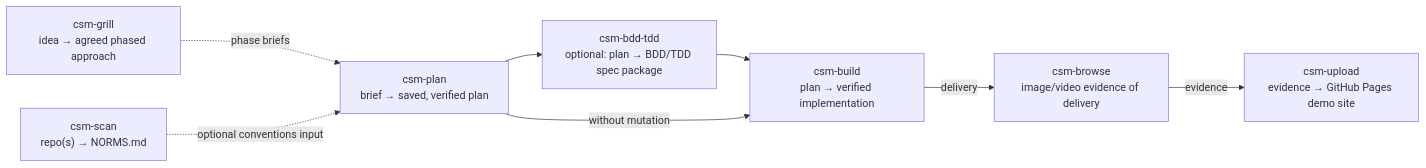
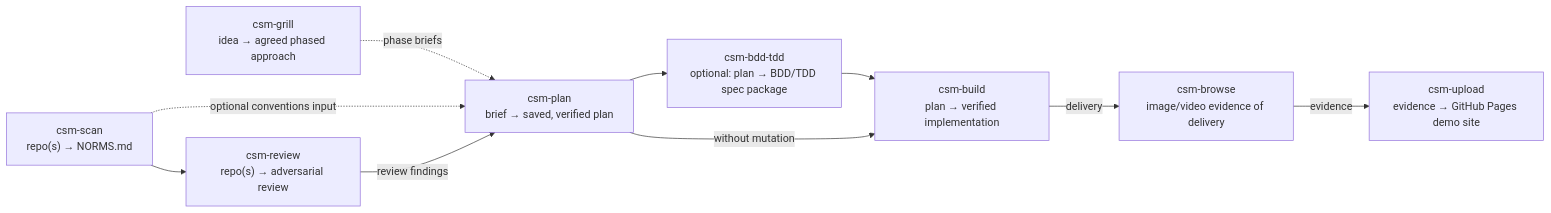
One commit to jamiemills/opencode-skills changed the diagram in README.md. Above: the diagram before and after it, drawn with Mermaid. The commit also changed other lines of this file and 2 other files, not shown here.

Commit message:
csm-review: SKILL.md + README wiring (plan csm-review-skill, cycle 1) — gates GATE-PASS/README-GATE-PASS

````diff
--- a/README.md
+++ b/README.md
@@ -20,9 +20,10 @@
 ```mermaid
 flowchart LR
     grill["csm-grill<br/>idea → agreed phased approach"] -.->|"phase briefs"| plan["csm-plan<br/>brief → saved, verified plan"]
     scan["csm-scan<br/>repo(s) → NORMS.md"] -.->|"optional conventions input"| plan
+    scan --> review["csm-review<br/>repo(s) → adversarial review"] -->|"review findings"| plan
     plan --> bdd["csm-bdd-tdd<br/>optional: plan → BDD/TDD spec package"]
     bdd --> build["csm-build<br/>plan → verified implementation"]
     plan -->|"without mutation"| build
     build -->|"delivery"| browse["csm-browse<br/>image/video evidence of delivery"] -->|"evidence"| upload["csm-upload<br/>evidence → GitHub Pages demo site"]
 ```
````
